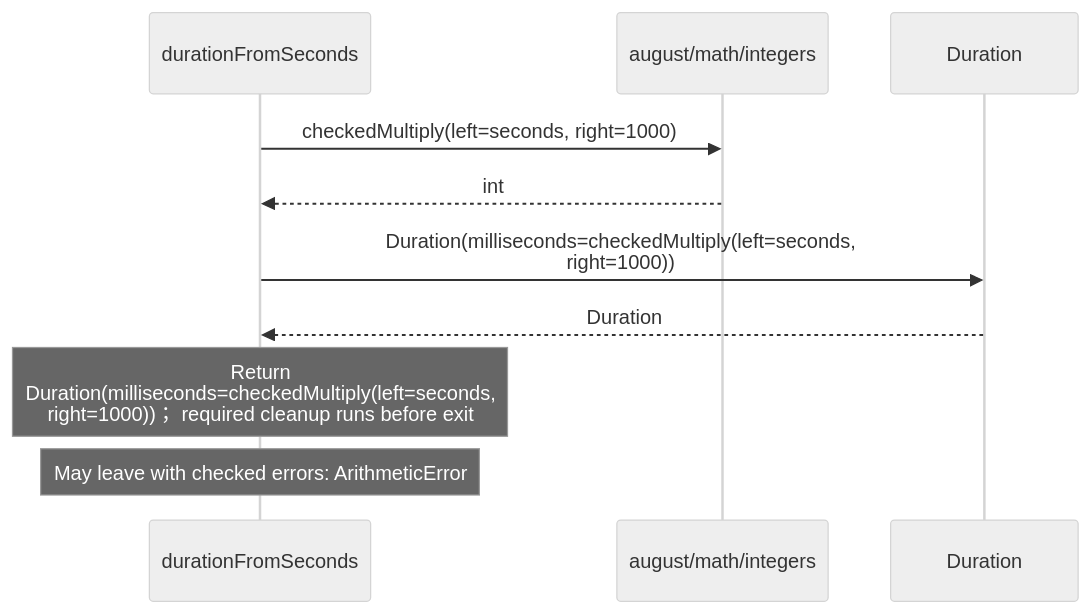
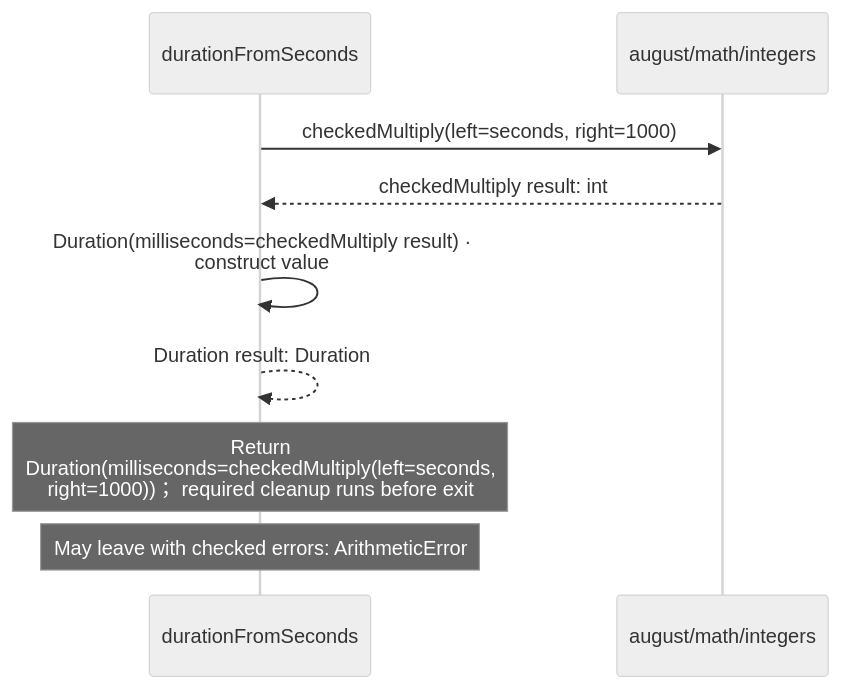
Before and after one commit to GreenPandaStudios/augscript: the sixth of 8 diagrams in src/stdlib/values/durations.aug.diagrams.md, drawn with Mermaid (neutral theme). The commit also changed other lines of this file and 304 other files, not shown here.

Commit message:
Make generated data-flow sequences concise and review every diagram

````diff
--- a/src/stdlib/values/durations.aug.diagrams.md
+++ b/src/stdlib/values/durations.aug.diagrams.md
@@ -188,12 +209,11 @@
 ```mermaid
 sequenceDiagram
     participant p0 as durationFromSeconds
     participant p1 as august/math/integers
-    participant p2 as Duration
     p0->>p1: checkedMultiply(left=seconds, right=1000)
-    p1-->>p0: int
-    p0->>p2: Duration(milliseconds=checkedMultiply(left=seconds,<br/>right=1000))
-    p2-->>p0: Duration
+    p1-->>p0: checkedMultiply result: int
+    p0->>p0: Duration(milliseconds=checkedMultiply result) ·<br/>construct value
+    p0-->>p0: Duration result: Duration
     Note over p0: Return<br/>Duration(milliseconds=checkedMultiply(left=seconds,<br/>right=1000))； required cleanup runs before exit
     Note over p0: May leave with checked errors: ArithmeticError
 ```
````
